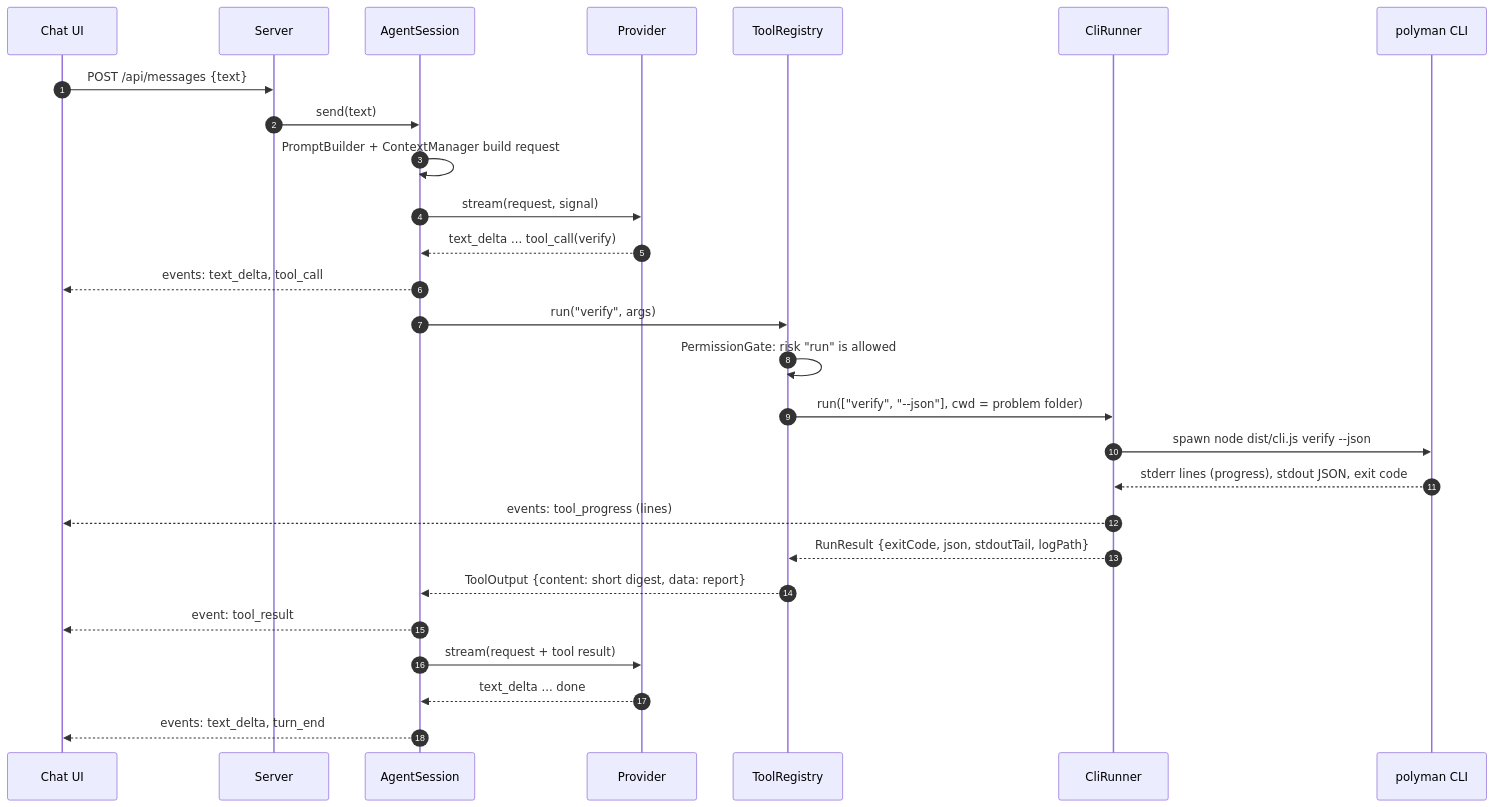
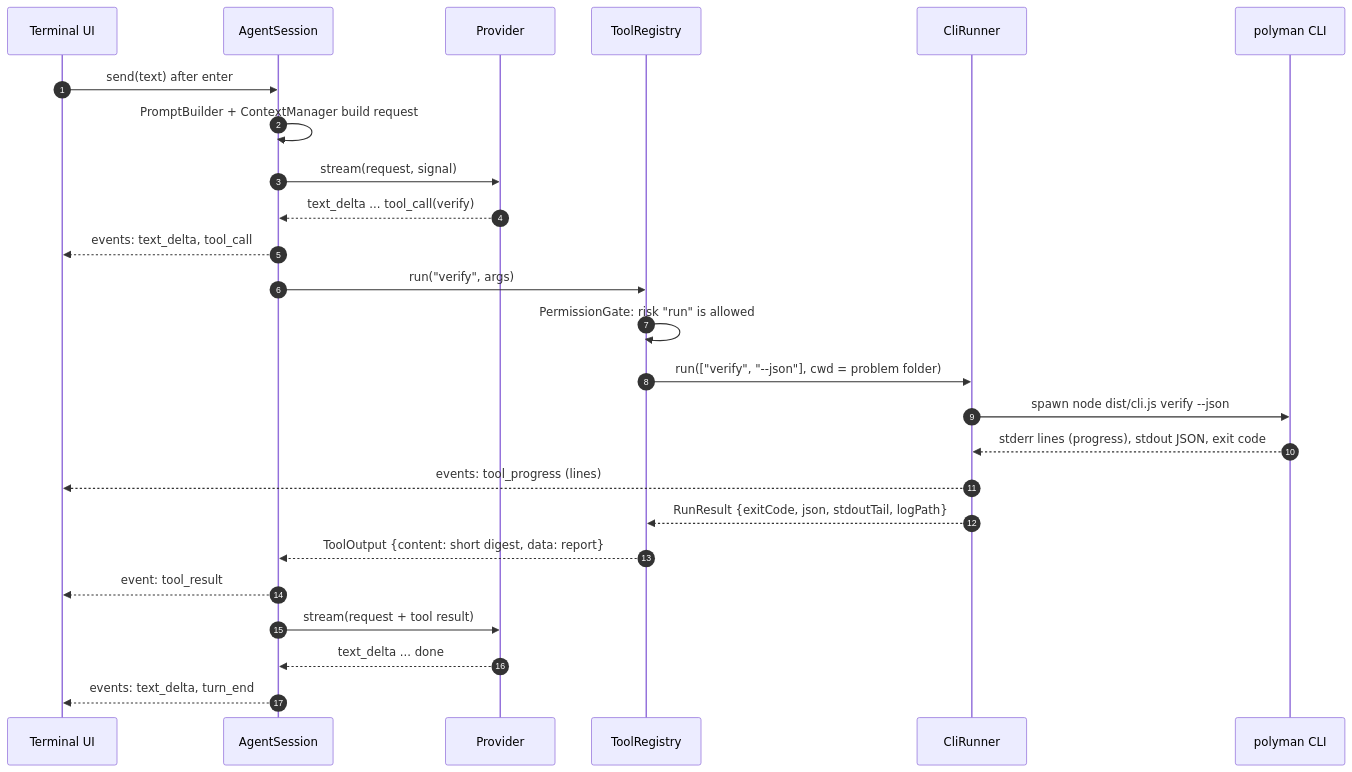
Before and after one commit to Ahmad-Faraj/polyman: the third of 6 diagrams in design/agent/01-architecture.md, drawn with Mermaid. The commit also changed other lines of this file and 9 other files, not shown here.

First line of the commit message:
docs: switch the agent chat to a terminal UI

````diff
--- a/design/agent/01-architecture.md
+++ b/design/agent/01-architecture.md
@@ -156,30 +148,28 @@
 ```mermaid
 sequenceDiagram
   autonumber
-  participant U as Chat UI
-  participant S as Server
+  participant U as Terminal UI
   participant A as AgentSession
   participant P as Provider
   participant T as ToolRegistry
   participant R as CliRunner
   participant C as polyman CLI
 
-  U->>S: POST /api/messages {text}
-  S->>A: send(text)
+  U->>A: send(text) after enter
   A->>A: PromptBuilder + ContextManager build request
   A->>P: stream(request, signal)
   P-->>A: text_delta ... tool_call(verify)
   A-->>U: events: text_delta, tool_call
   A->>T: run("verify", args)
   T->>T: PermissionGate: risk "run" is allowed
   T->>R: run(["verify", "--json"], cwd = problem folder)
   R->>C: spawn node dist/cli.js verify --json
   C-->>R: stderr lines (progress), stdout JSON, exit code
   R-->>U: events: tool_progress (lines)
   R-->>T: RunResult {exitCode, json, stdoutTail, logPath}
   T-->>A: ToolOutput {content: short digest, data: report}
   A-->>U: event: tool_result
   A->>P: stream(request + tool result)
   P-->>A: text_delta ... done
   A-->>U: events: text_delta, turn_end
 ```
````
